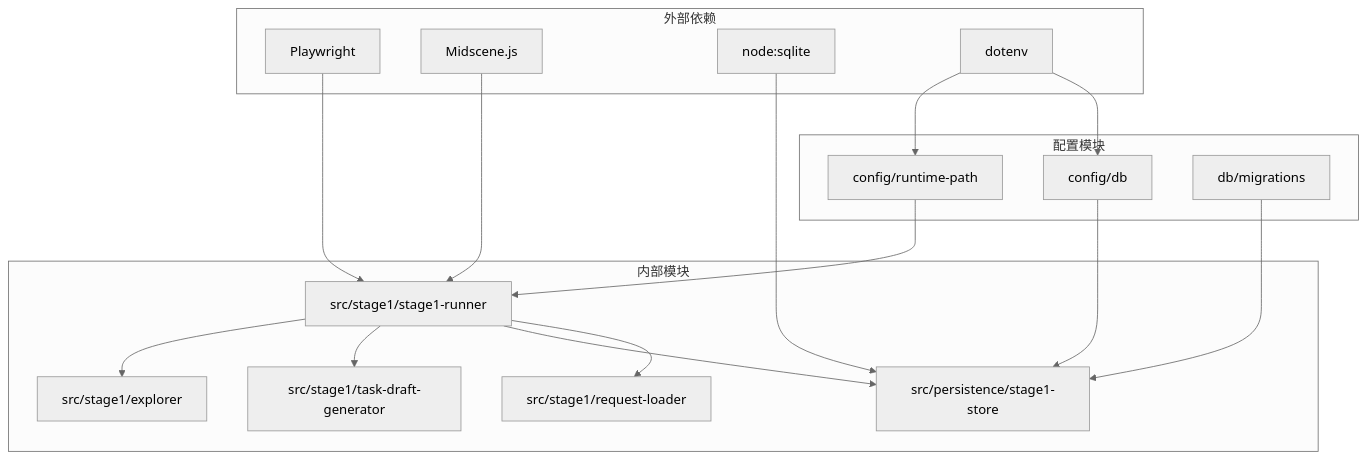
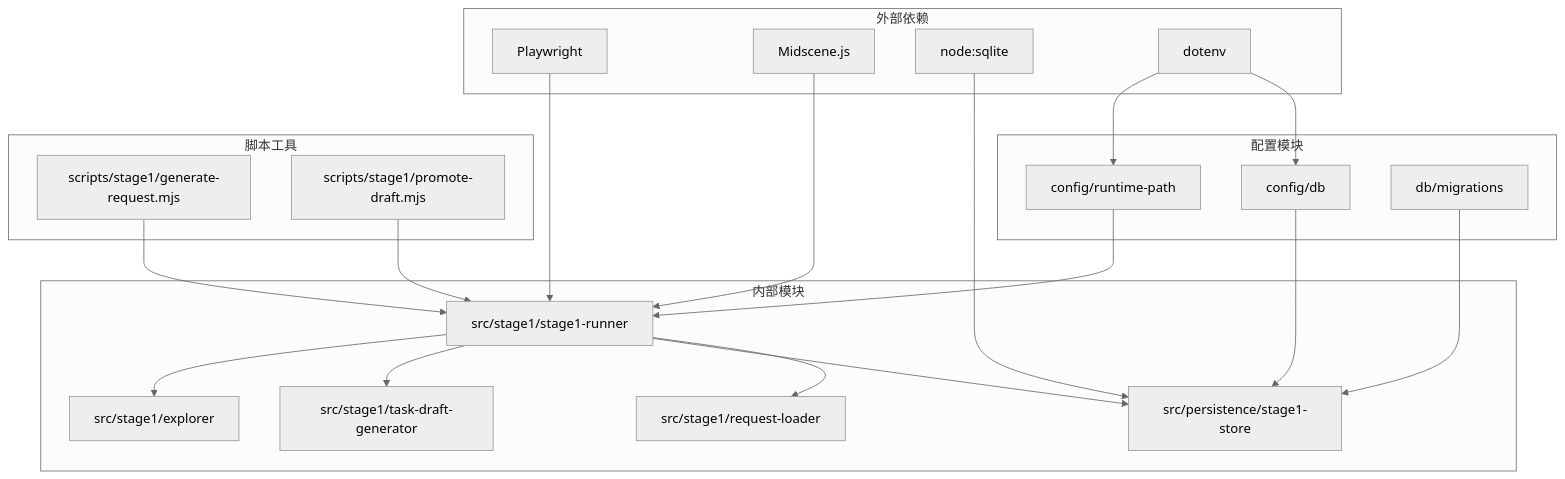
Diagram 11 of 11 in .qoder/repowiki/zh/content/核心概念/第一阶段探索建模系统.md (Jiane-EJ/playwright-mind), drawn with Mermaid (neutral theme) before and after one commit. The commit also changed other lines of this file and 7 other files, not shown here.

````diff
--- a/.qoder/repowiki/zh/content/核心概念/第一阶段探索建模系统.md
+++ b/.qoder/repowiki/zh/content/核心概念/第一阶段探索建模系统.md
@@ -382,33 +479,39 @@
 ```mermaid
 graph TB
 subgraph "外部依赖"
 Playwright[Playwright]
 Midscene[Midscene.js]
 NodeSQLite[node:sqlite]
 Dotenv[dotenv]
 end
 subgraph "内部模块"
 Stage1Runner[src/stage1/stage1-runner]
 Explorer[src/stage1/explorer]
 DraftGenerator[src/stage1/task-draft-generator]
 PersistenceStore[src/persistence/stage1-store]
 RequestLoader[src/stage1/request-loader]
 end
 subgraph "配置模块"
 RuntimePath[config/runtime-path]
 DBConfig[config/db]
 DBMigrations[db/migrations]
 end
+subgraph "脚本工具"
+GenerateRequest[scripts/stage1/generate-request.mjs]
+PromoteDraft[scripts/stage1/promote-draft.mjs]
+end
 Playwright --> Stage1Runner
 Midscene --> Stage1Runner
 NodeSQLite --> PersistenceStore
 Dotenv --> RuntimePath
 Dotenv --> DBConfig
 Stage1Runner --> Explorer
 Stage1Runner --> DraftGenerator
 Stage1Runner --> PersistenceStore
 Stage1Runner --> RequestLoader
 RuntimePath --> Stage1Runner
 DBConfig --> PersistenceStore
 DBMigrations --> PersistenceStore
+GenerateRequest --> Stage1Runner
+PromoteDraft --> Stage1Runner
 ```
````
